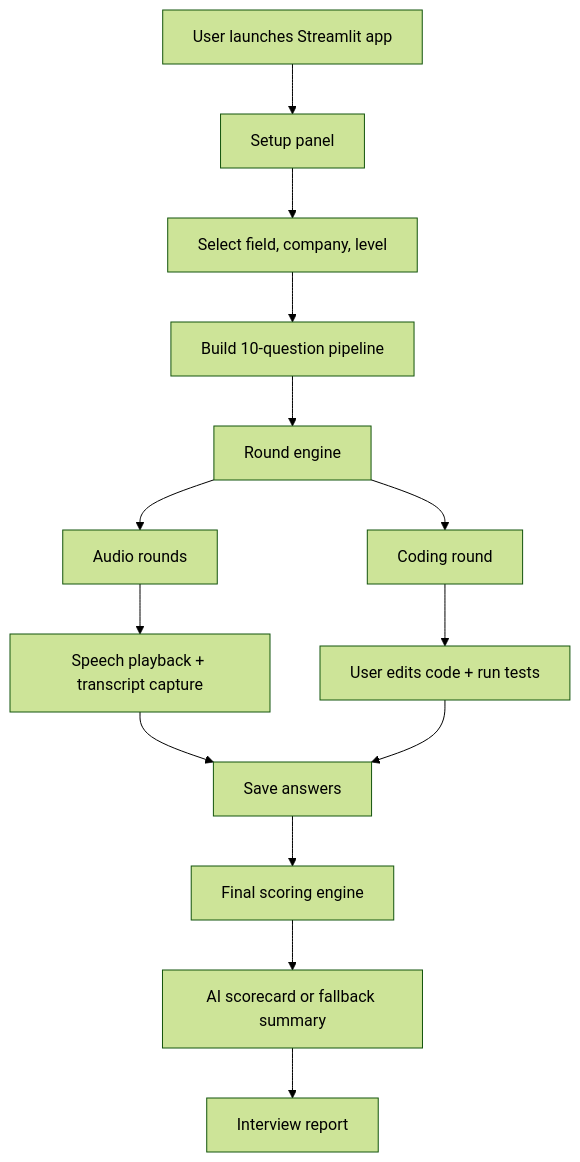
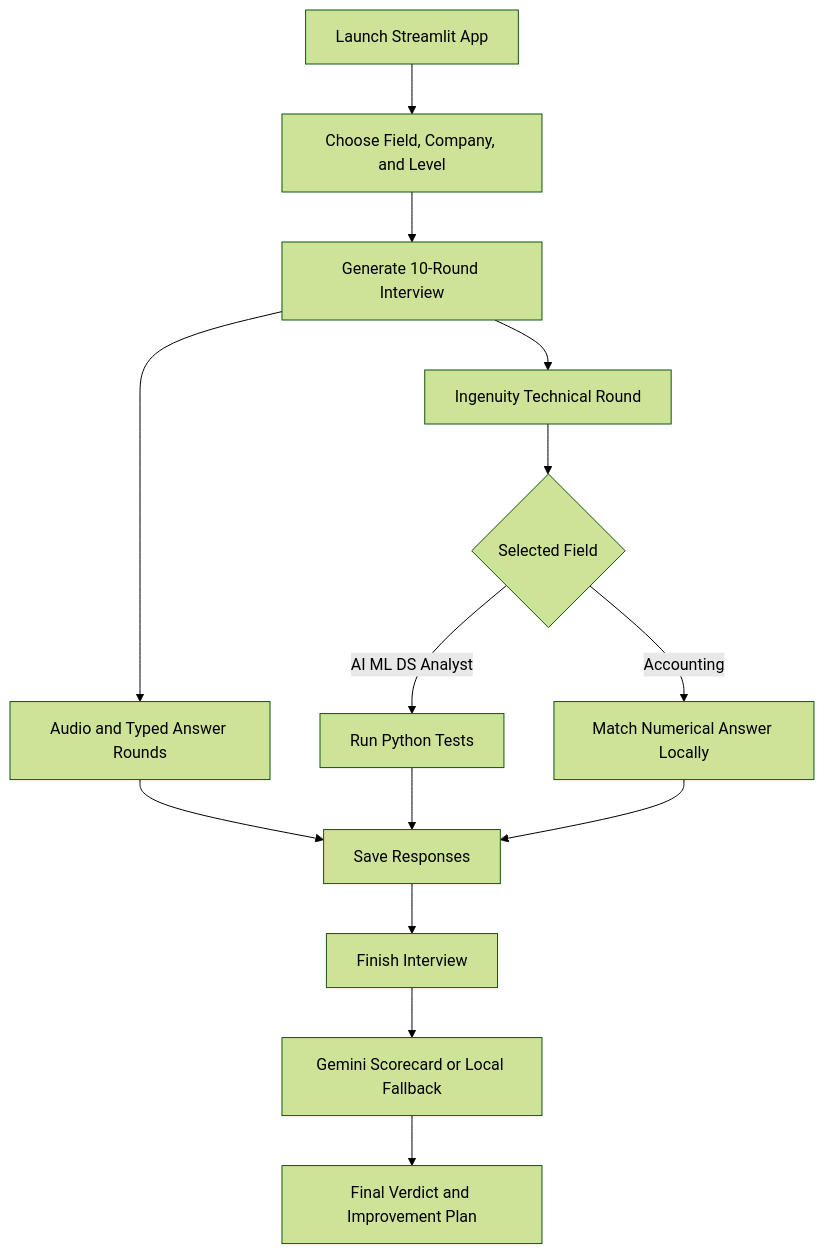
Before and after one commit to Vipeen21/AI-Interviewer: the first of 2 diagrams in README.md, drawn with Mermaid (forest theme). The commit also changed other lines of this file, not shown here.

````diff
--- a/README.md
+++ b/README.md
@@ -71,16 +51,16 @@
 ```mermaid
 flowchart TD
-    A[User launches Streamlit app] --> B[Setup panel]
-    B --> C[Select field, company, level]
-    C --> D[Build 10-question pipeline]
-    D --> E[Round engine]
-    E --> F[Audio rounds]
-    E --> G[Coding round]
-    F --> H[Speech playback + transcript capture]
-    G --> I[User edits code + run tests]
-    H --> J[Save answers]
-    I --> J
-    J --> K[Final scoring engine]
-    K --> L[AI scorecard or fallback summary]
-    L --> M[Interview report]
+    A[Launch Streamlit App] --> B[Choose Field, Company, and Level]
+    B --> C[Generate 10-Round Interview]
+    C --> D[Audio and Typed Answer Rounds]
+    C --> E[Ingenuity Technical Round]
+    D --> F[Save Responses]
+    E --> G{Selected Field}
+    G -->|AI ML DS Analyst| H[Run Python Tests]
+    G -->|Accounting| I[Match Numerical Answer Locally]
+    H --> F
+    I --> F
+    F --> J[Finish Interview]
+    J --> K[Gemini Scorecard or Local Fallback]
+    K --> L[Final Verdict and Improvement Plan]
 ```
````
